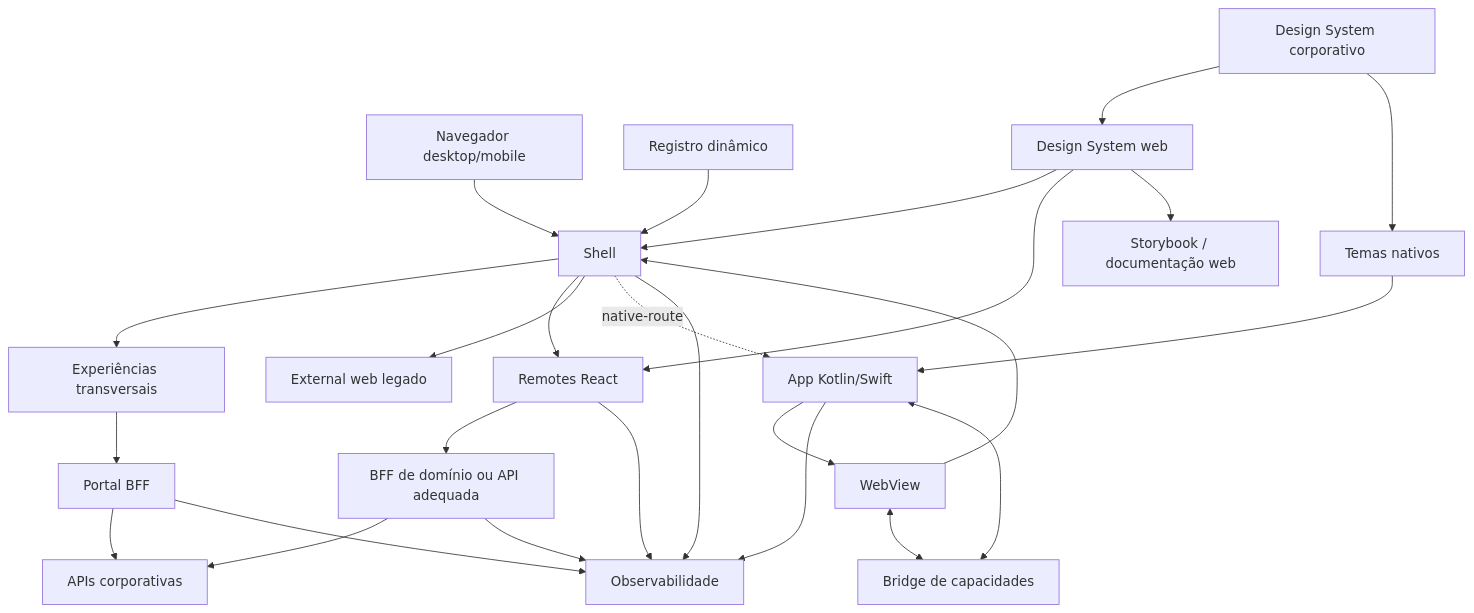
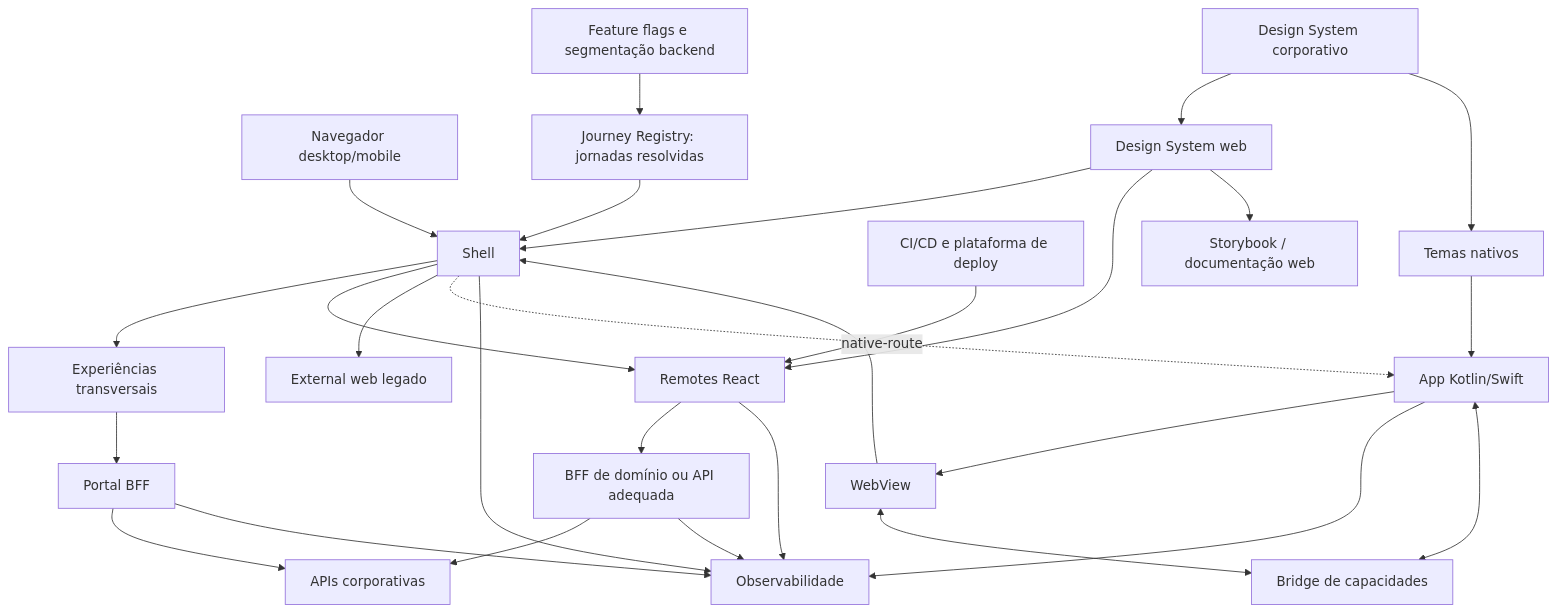
The diagram in docs/ARCHITECTURE.md (gustavobpaula/portal-people), drawn with Mermaid before and after one commit. The commit also changed other lines of this file and 7 other files, not shown here.

````diff
--- a/docs/ARCHITECTURE.md
+++ b/docs/ARCHITECTURE.md
@@ -34,33 +34,35 @@
 ```mermaid
 flowchart TB
     Browser["Navegador desktop/mobile"] --> Shell
     Mobile["App Kotlin/Swift"] --> WebView
     WebView --> Shell
     WebView <--> Bridge["Bridge de capacidades"]
     Bridge <--> Mobile
 
-    Registry["Registro dinâmico"] --> Shell
+    Flags["Feature flags e segmentação backend"] --> Registry
+    Registry["Journey Registry: jornadas resolvidas"] --> Shell
+    Delivery["CI/CD e plataforma de deploy"] --> Remotes
 
     Tokens["Design System corporativo"] --> DSWeb["Design System web"]
     Tokens --> DSNative["Temas nativos"]
     DSWeb --> Shell
     DSWeb --> Remotes["Remotes React"]
     DSWeb --> Storybook["Storybook / documentação web"]
     DSNative --> Mobile
 
     Shell --> Core["Experiências transversais"]
     Shell --> Remotes
     Shell --> Legacy["External web legado"]
     Shell -. "native-route" .-> Mobile
 
     Core --> PortalBFF["Portal BFF"]
     Remotes --> DomainBFF["BFF de domínio ou API adequada"]
     PortalBFF --> APIs["APIs corporativas"]
     DomainBFF --> APIs
 
     Shell --> Obs["Observabilidade"]
     Remotes --> Obs
     PortalBFF --> Obs
     DomainBFF --> Obs
     Mobile --> Obs
 ```
````
